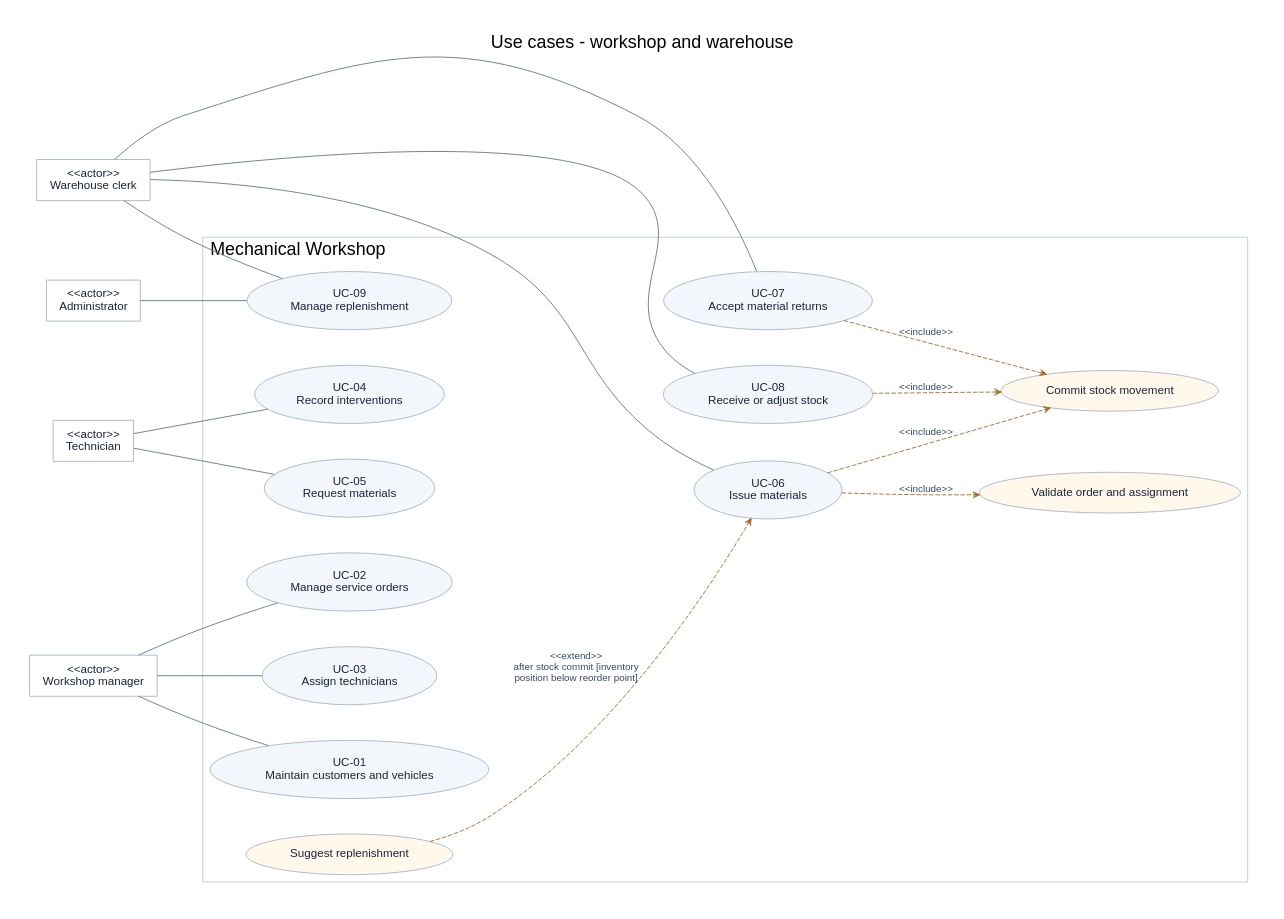
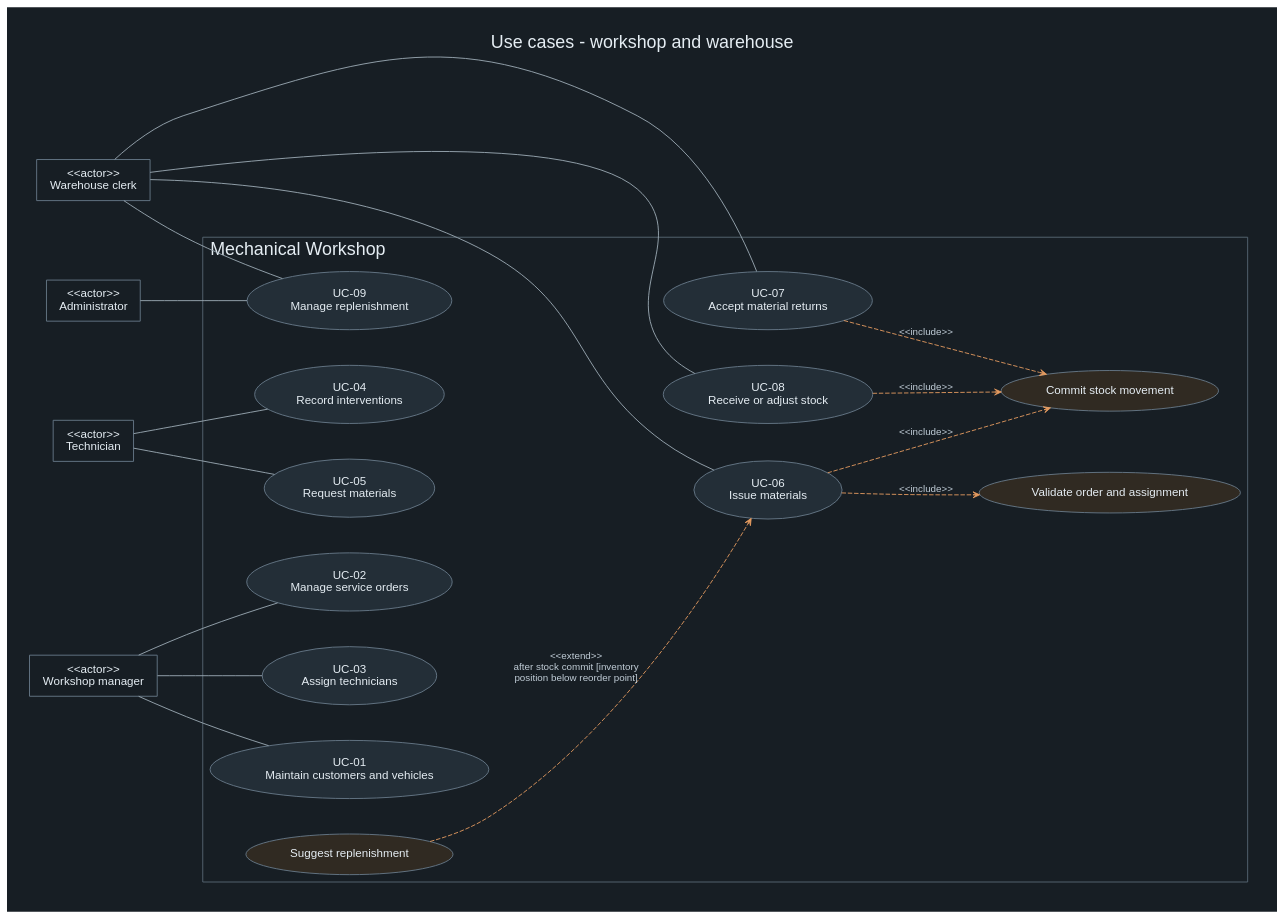
One commit to Kallst/mechanical-workshop changed the diagram in docs/models/diagrams/use-cases-operations.dot. Above: the diagram before and after it, drawn with Graphviz. The commit also changed 80 other files, not shown here.

Commit message:
feat(atlas): organize bilingual diagrams in the current workshop theme

```diff
--- a/docs/models/diagrams/use-cases-operations.dot
+++ b/docs/models/diagrams/use-cases-operations.dot
@@ -1,39 +1,39 @@
 digraph use_cases_operations {
-graph [rankdir=LR, bgcolor="#ffffff", pad="0.35", nodesep="0.55", ranksep="0.8", fontname="Arial", fontsize=20, labelloc=t, label="Use cases - workshop and warehouse", compound=true];
-node [shape=box, style="rounded,filled", fillcolor="#f3f6fa", color="#a8b5c7", fontcolor="#17253b", fontname="Arial", fontsize=13, margin="0.18,0.13"];
-edge [fontname="Arial", fontsize=11, fontcolor="#374862", color="#65758c", arrowsize=0.75];
-admin [shape=box, style=filled, fillcolor="#ffffff", label="<<actor>>\nAdministrator"];
-clerk [shape=box, style=filled, fillcolor="#ffffff", label="<<actor>>\nWarehouse clerk"];
-manager [shape=box, style=filled, fillcolor="#ffffff", label="<<actor>>\nWorkshop manager"];
-technician [shape=box, style=filled, fillcolor="#ffffff", label="<<actor>>\nTechnician"];
-subgraph cluster_subject { label="Mechanical Workshop"; labeljust=l; color="#bdc9d8";
+graph [rankdir=LR, bgcolor="#171e24", pad="0.35", nodesep="0.55", ranksep="0.8", fontname="Arial", fontsize=20, fontcolor="#e5edf3", labelloc=t, label="Use cases - workshop and warehouse", compound=true];
+node [shape=box, style="rounded,filled", fillcolor="#232e37", color="#697b8b", fontcolor="#e5edf3", fontname="Arial", fontsize=13, margin="0.18,0.13"];
+edge [fontname="Arial", fontsize=11, fontcolor="#c0ccd6", color="#9eacb7", arrowsize=0.75];
+admin [shape=box, style=filled, fillcolor="#171e24", label="<<actor>>\nAdministrator"];
+clerk [shape=box, style=filled, fillcolor="#171e24", label="<<actor>>\nWarehouse clerk"];
+manager [shape=box, style=filled, fillcolor="#171e24", label="<<actor>>\nWorkshop manager"];
+technician [shape=box, style=filled, fillcolor="#171e24", label="<<actor>>\nTechnician"];
+subgraph cluster_subject { label="Mechanical Workshop"; labeljust=l; color="#596977";
 "UC-01" [shape=ellipse, label="UC-01\nMaintain customers and vehicles"];
 "UC-02" [shape=ellipse, label="UC-02\nManage service orders"];
 "UC-03" [shape=ellipse, label="UC-03\nAssign technicians"];
 "UC-04" [shape=ellipse, label="UC-04\nRecord interventions"];
 "UC-05" [shape=ellipse, label="UC-05\nRequest materials"];
 "UC-06" [shape=ellipse, label="UC-06\nIssue materials"];
 "UC-07" [shape=ellipse, label="UC-07\nAccept material returns"];
 "UC-08" [shape=ellipse, label="UC-08\nReceive or adjust stock"];
 "UC-09" [shape=ellipse, label="UC-09\nManage replenishment"];
-S1 [shape=ellipse, fillcolor="#fff8eb", label="Validate order and assignment"];
-S2 [shape=ellipse, fillcolor="#fff8eb", label="Commit stock movement"];
-S3 [shape=ellipse, fillcolor="#fff8eb", label="Suggest replenishment"];
+S1 [shape=ellipse, fillcolor="#302a22", label="Validate order and assignment"];
+S2 [shape=ellipse, fillcolor="#302a22", label="Commit stock movement"];
+S3 [shape=ellipse, fillcolor="#302a22", label="Suggest replenishment"];
 }
 "manager" -> "UC-01" [label="", dir=none];
 "manager" -> "UC-02" [label="", dir=none];
 "manager" -> "UC-03" [label="", dir=none];
 "technician" -> "UC-04" [label="", dir=none];
 "technician" -> "UC-05" [label="", dir=none];
 "clerk" -> "UC-06" [label="", dir=none];
 "clerk" -> "UC-07" [label="", dir=none];
 "clerk" -> "UC-08" [label="", dir=none];
 "admin" -> "UC-09" [label="", dir=none];
 "clerk" -> "UC-09" [label="", dir=none];
-"UC-06" -> "S1" [label="<<include>>", style=dashed, arrowhead=vee, color="#a66a21"];
-"UC-06" -> "S2" [label="<<include>>", style=dashed, arrowhead=vee, color="#a66a21"];
-"UC-07" -> "S2" [label="<<include>>", style=dashed, arrowhead=vee, color="#a66a21"];
-"UC-08" -> "S2" [label="<<include>>", style=dashed, arrowhead=vee, color="#a66a21"];
-"S3" -> "UC-06" [label="<<extend>>\nafter stock commit [inventory\nposition below reorder point]", style=dashed, arrowhead=vee, color="#a66a21"];
+"UC-06" -> "S1" [label="<<include>>", style=dashed, arrowhead=vee, color="#e69c60"];
+"UC-06" -> "S2" [label="<<include>>", style=dashed, arrowhead=vee, color="#e69c60"];
+"UC-07" -> "S2" [label="<<include>>", style=dashed, arrowhead=vee, color="#e69c60"];
+"UC-08" -> "S2" [label="<<include>>", style=dashed, arrowhead=vee, color="#e69c60"];
+"S3" -> "UC-06" [label="<<extend>>\nafter stock commit [inventory\nposition below reorder point]", style=dashed, arrowhead=vee, color="#e69c60"];
 
 }
```
